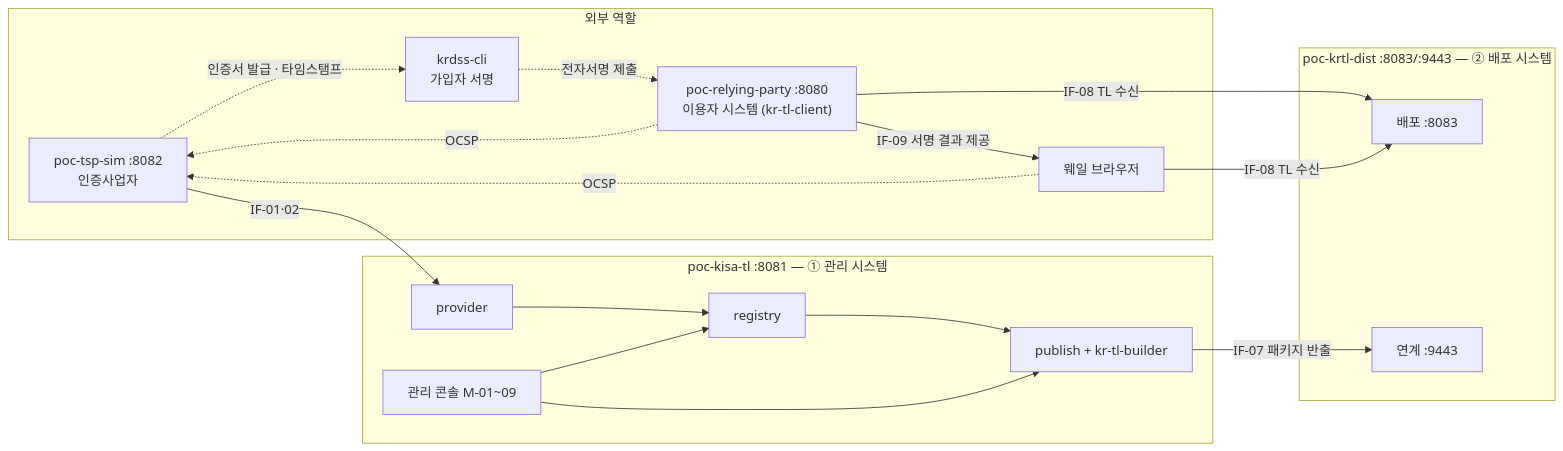
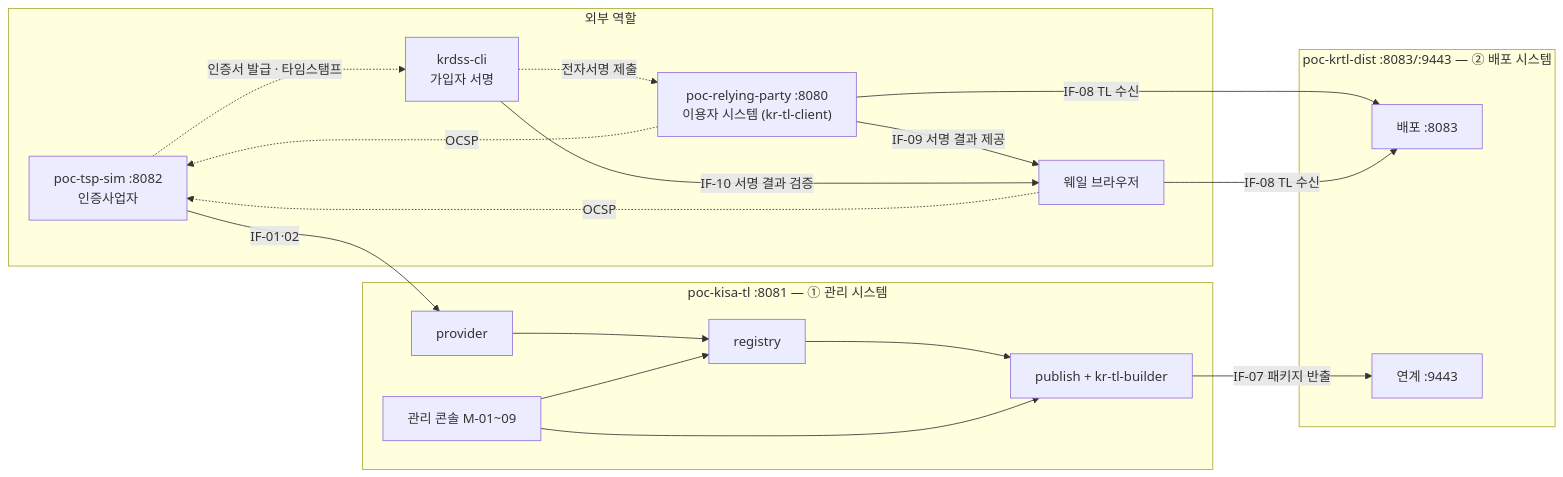
Before and after one commit to yongsungkim-electcerti/kr-dss: the diagram in docs/design/KR-TL-관리시스템/04-PoC-구성.md, drawn with Mermaid. The commit also changed 8 other files, not shown here.

````diff
--- a/docs/design/KR-TL-관리시스템/04-PoC-구성.md
+++ b/docs/design/KR-TL-관리시스템/04-PoC-구성.md
@@ -27,29 +27,30 @@
 ```mermaid
 flowchart LR
     subgraph EXT["외부 역할"]
         TSP["poc-tsp-sim :8082<br/>인증사업자"]
         USR["krdss-cli<br/>가입자 서명"]
         WH["웨일 브라우저"]
         RP["poc-relying-party :8080<br/>이용자 시스템 (kr-tl-client)"]
     end
     subgraph M["poc-kisa-tl :8081 — ① 관리 시스템"]
         CON["관리 콘솔 M-01~09"]
         PRV["provider"]
         REG["registry"]
         PUB["publish + kr-tl-builder"]
     end
     subgraph D["poc-krtl-dist :8083/:9443 — ② 배포 시스템"]
         DL["배포 :8083"]
         RCV["연계 :9443"]
     end
     TSP -- "IF-01·02" --> PRV --> REG --> PUB
     CON --> REG & PUB
     PUB -- "IF-07 패키지 반출" --> RCV
     RP -- "IF-08 TL 수신" --> DL
     WH -- "IF-08 TL 수신" --> DL
     TSP -. "인증서 발급 · 타임스탬프" .-> USR
     USR -. "전자서명 제출" .-> RP
     RP -- "IF-09 서명 결과 제공" --> WH
+    USR -- "IF-10 서명 결과 검증" --> WH
     RP -. "OCSP" .-> TSP
     WH -. "OCSP" .-> TSP
 ```
````
